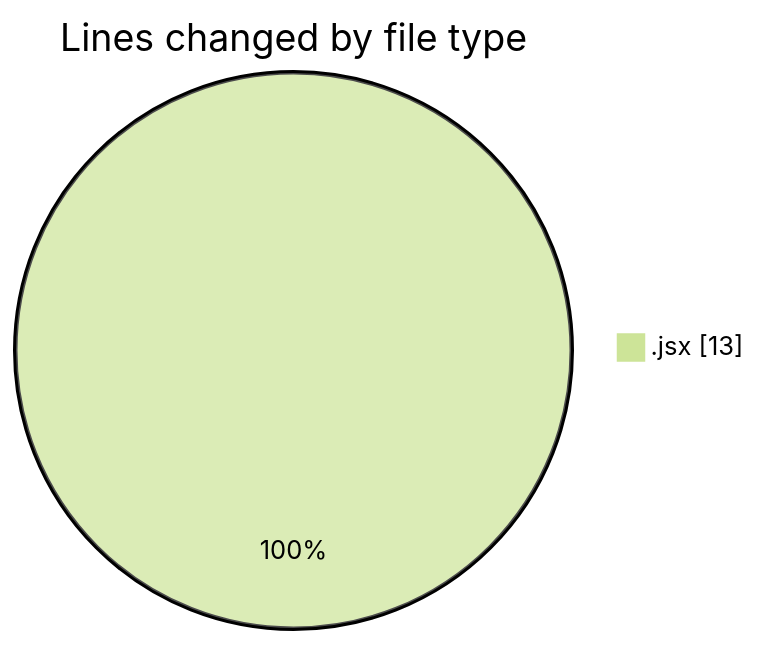
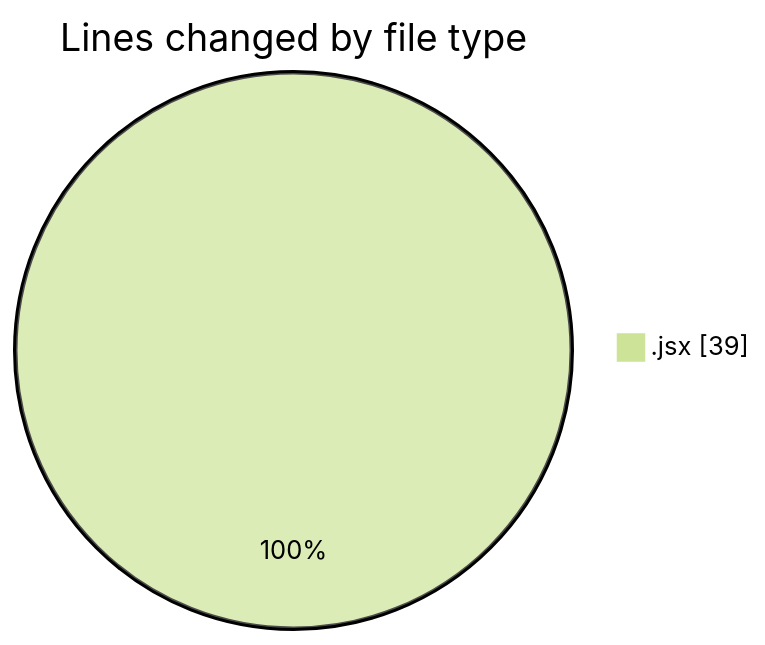
The first of 2 diagrams in 2025-02-12/react_ecom/README.md (Elitesun/code-tracking), drawn with Mermaid (forest theme) before and after one commit. The commit also changed other lines of this file and 1 other file, not shown here.

````diff
--- a/2025-02-12/react_ecom/README.md
+++ b/2025-02-12/react_ecom/README.md
@@ -20,5 +20,5 @@
 ```mermaid
 pie showData
 title Lines changed by file type
-".jsx" : 13
+".jsx" : 39
 ```
````
